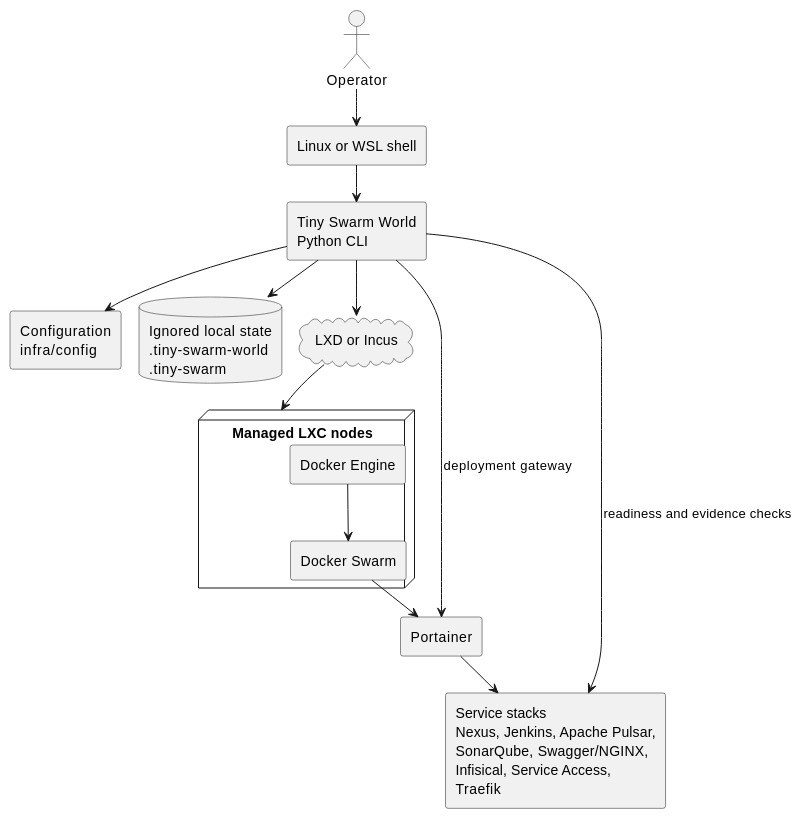
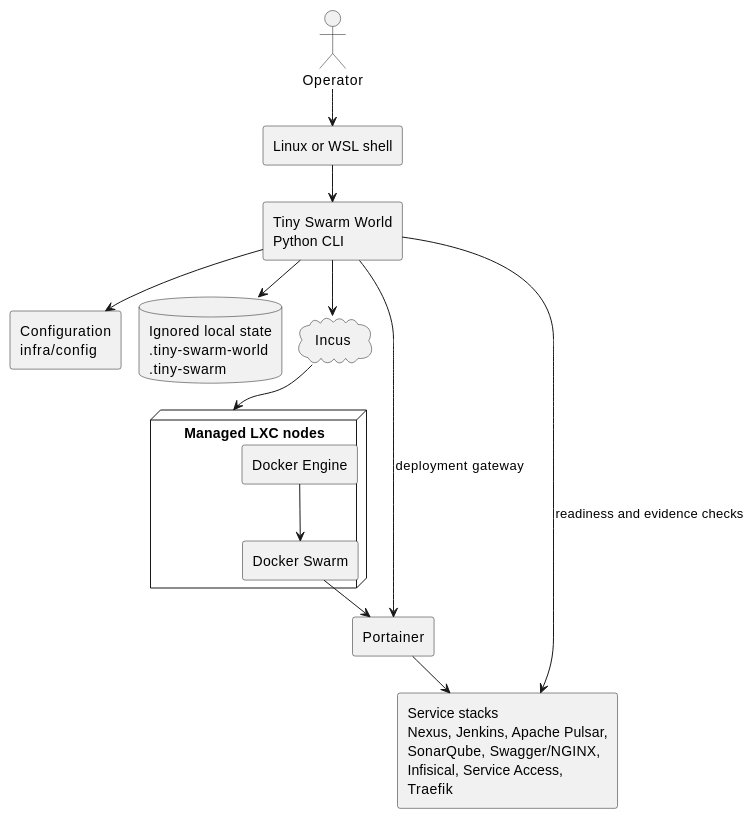
Before and after one commit to MatthiasBurger-Coder/Tiny-Swarm-World: the first of 4 diagrams in documentation/arc42.adoc, drawn with PlantUML. The commit also changed other lines of this file and 132 other files, not shown here.

```diff
--- a/documentation/arc42.adoc
+++ b/documentation/arc42.adoc
@@ -19,33 +19,33 @@
 [plantuml,tiny-swarm-world-context,svg]
 ----
 @startuml
 !pragma layout smetana
 skinparam componentStyle rectangle
 skinparam shadowing false
 
 actor Operator
 rectangle "Linux or WSL shell" as Shell
 component "Tiny Swarm World\nPython CLI" as CLI
 component "Configuration\ninfra/config" as Config
 database "Ignored local state\n.tiny-swarm-world\n.tiny-swarm" as LocalState
-cloud "LXD or Incus" as Provider
+cloud "Incus" as Provider
 node "Managed LXC nodes" as Nodes {
   component "Docker Engine" as Docker
   component "Docker Swarm" as Swarm
 }
 component "Portainer" as Portainer
 component "Service stacks\nNexus, Jenkins, Apache Pulsar,\nSonarQube, Swagger/NGINX,\nInfisical, Service Access,\nTraefik" as Stacks
 
 Operator --> Shell
 Shell --> CLI
 CLI --> Config
 CLI --> LocalState
 CLI --> Provider
 Provider --> Nodes
 Docker --> Swarm
 Swarm --> Portainer
 Portainer --> Stacks
 CLI --> Portainer : deployment gateway
 CLI --> Stacks : readiness and evidence checks
 @enduml
 ----
```
